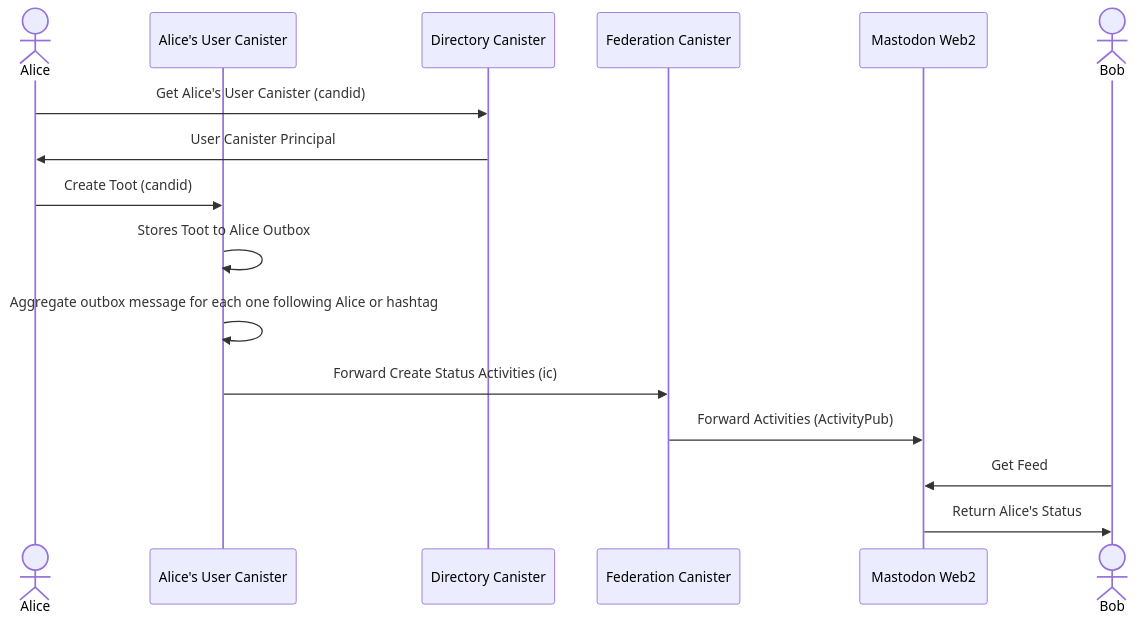
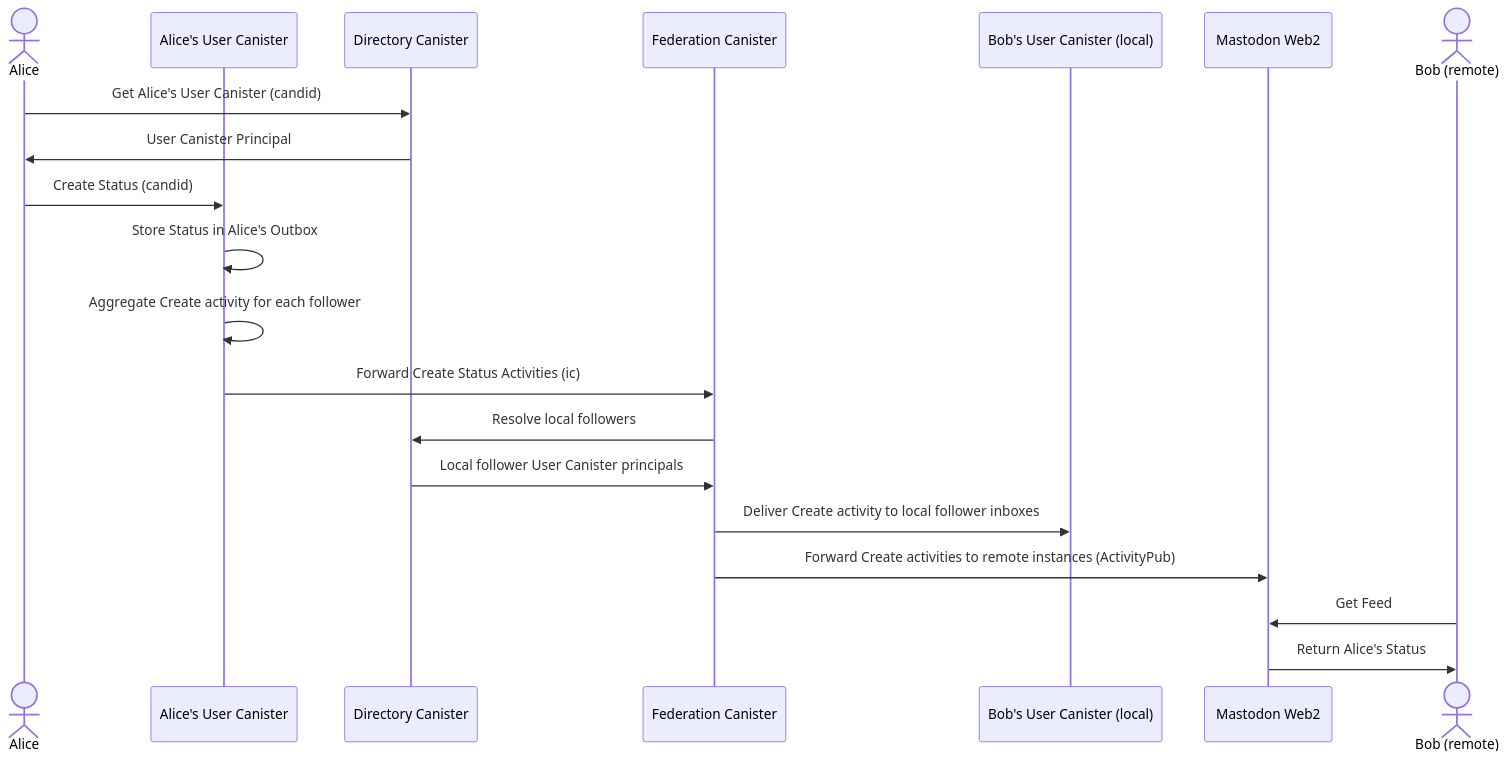
Before and after one commit to veeso/mastic: the tenth of 15 diagrams in docs/architecture/README.md, drawn with Mermaid. The commit also changed other lines of this file and 5 other files, not shown here.

Commit message:
docs: updated documentation of arch and activity pub

````diff
--- a/docs/architecture/README.md
+++ b/docs/architecture/README.md
@@ -135,19 +234,23 @@
 ```mermaid
 sequenceDiagram
     actor A as Alice
     participant UC as Alice's User Canister
     participant DIR as Directory Canister
     participant FED as Federation Canister
+    participant BUC as Bob's User Canister (local)
     participant M as Mastodon Web2
-    actor B as Bob
+    actor B as Bob (remote)
 
     A->>DIR: Get Alice's User Canister (candid)
     DIR->>A: User Canister Principal
-    A->>UC: Create Toot (candid)
-    UC->>UC: Stores Toot to Alice Outbox
-    UC->>UC: Aggregate outbox message for each one following Alice or hashtag
+    A->>UC: Create Status (candid)
+    UC->>UC: Store Status in Alice's Outbox
+    UC->>UC: Aggregate Create activity for each follower
     UC->>FED: Forward Create Status Activities (ic)
-    FED->>M: Forward Activities (ActivityPub)
+    FED->>DIR: Resolve local followers
+    DIR->>FED: Local follower User Canister principals
+    FED->>BUC: Deliver Create activity to local follower inboxes
+    FED->>M: Forward Create activities to remote instances (ActivityPub)
     B->>M: Get Feed
     M->>B: Return Alice's Status
 ```
````
